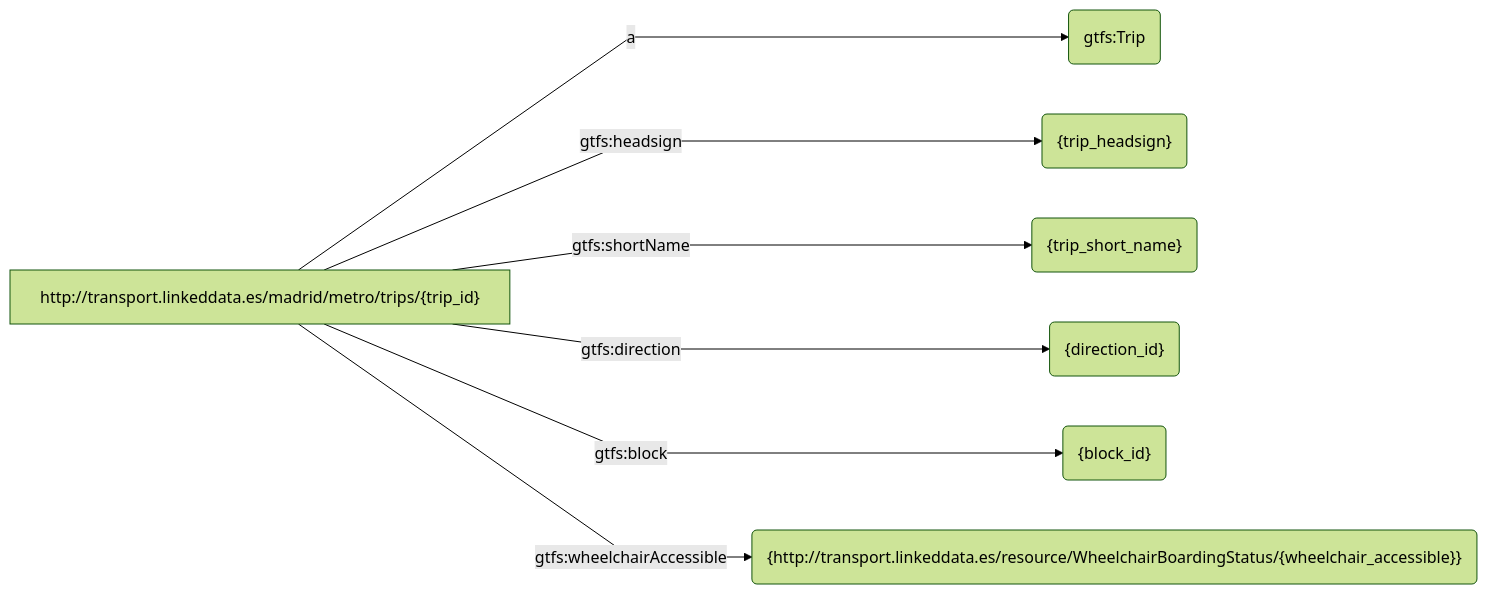
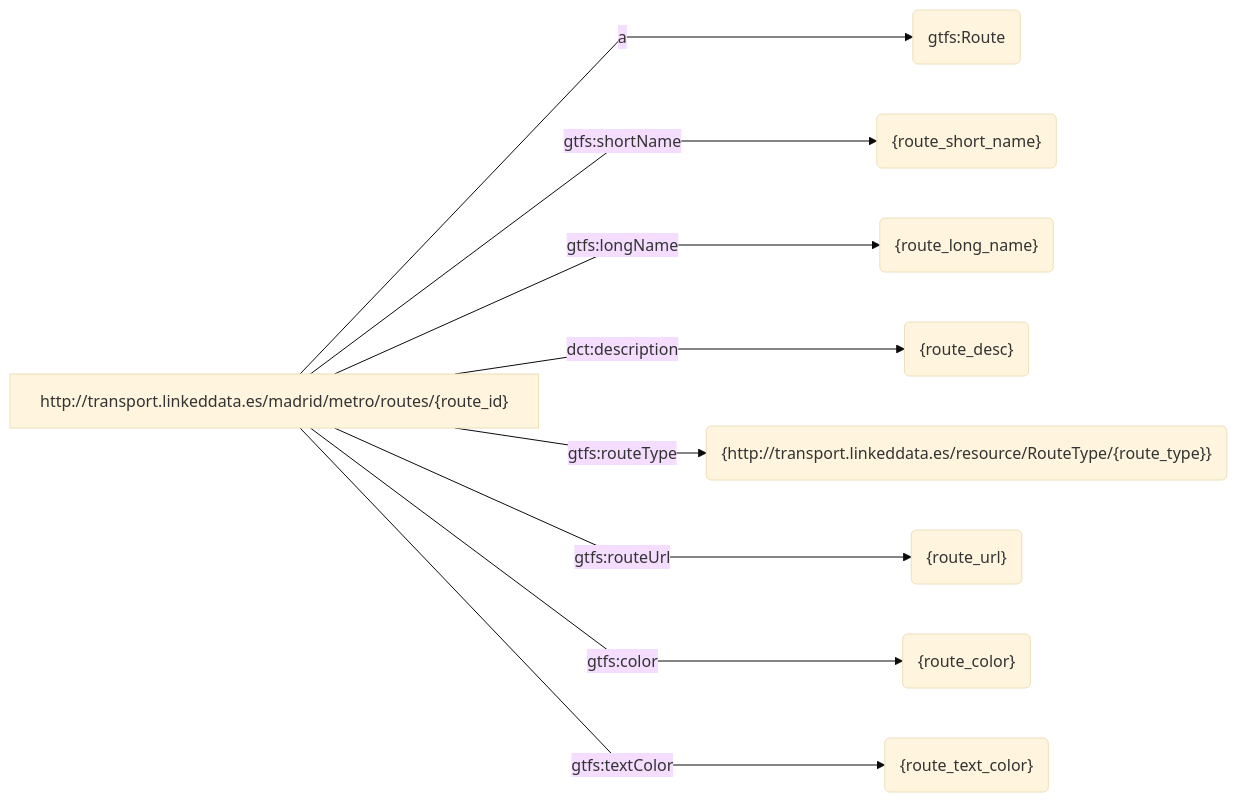
Before and after one commit to oeg-upm/rmldoc: diagram 19 of 25 in test/author/author.md, drawn with Mermaid. The commit also changed other lines of this file, not shown here.

````diff
--- a/test/author/author.md
+++ b/test/author/author.md
@@ -210,11 +485,13 @@
 ```mermaid
-%%{ init : { "theme" : "forest", "flowchart" : { "curve" : "linear" }}}%%
+%%{ init : { "theme" : "base", "flowchart" : { "curve" : "linear" }}}%%
 flowchart LR
-S["http://transport.linkeddata.es/madrid/metro/trips/{trip_id}"] -->|"a"| object1("gtfs:Trip")
-S["http://transport.linkeddata.es/madrid/metro/trips/{trip_id}"] -->|"gtfs:headsign"| object2("{trip_headsign}")
-S["http://transport.linkeddata.es/madrid/metro/trips/{trip_id}"] -->|"gtfs:shortName"| object3("{trip_short_name}")
-S["http://transport.linkeddata.es/madrid/metro/trips/{trip_id}"] -->|"gtfs:direction"| object4("{direction_id}")
-S["http://transport.linkeddata.es/madrid/metro/trips/{trip_id}"] -->|"gtfs:block"| object5("{block_id}")
-S["http://transport.linkeddata.es/madrid/metro/trips/{trip_id}"] -->|"gtfs:wheelchairAccessible"| object6("{http://transport.linkeddata.es/resource/WheelchairBoardingStatus/{wheelchair_accessible}}")
+S["http://transport.linkeddata.es/madrid/metro/routes/{route_id}"] -->|"a"| object1("gtfs:Route")
+S["http://transport.linkeddata.es/madrid/metro/routes/{route_id}"] -->|"gtfs:shortName"| object2("{route_short_name}")
+S["http://transport.linkeddata.es/madrid/metro/routes/{route_id}"] -->|"gtfs:longName"| object3("{route_long_name}")
+S["http://transport.linkeddata.es/madrid/metro/routes/{route_id}"] -->|"dct:description"| object4("{route_desc}")
+S["http://transport.linkeddata.es/madrid/metro/routes/{route_id}"] -->|"gtfs:routeType"| object5("{http://transport.linkeddata.es/resource/RouteType/{route_type}}")
+S["http://transport.linkeddata.es/madrid/metro/routes/{route_id}"] -->|"gtfs:routeUrl"| object6("{route_url}")
+S["http://transport.linkeddata.es/madrid/metro/routes/{route_id}"] -->|"gtfs:color"| object7("{route_color}")
+S["http://transport.linkeddata.es/madrid/metro/routes/{route_id}"] -->|"gtfs:textColor"| object8("{route_text_color}")
     
 ``` 
````
